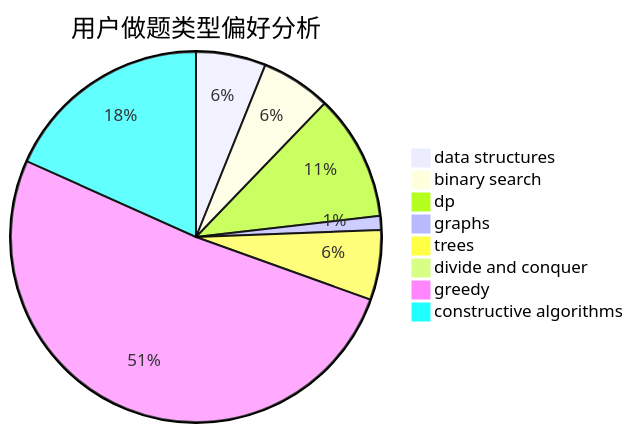
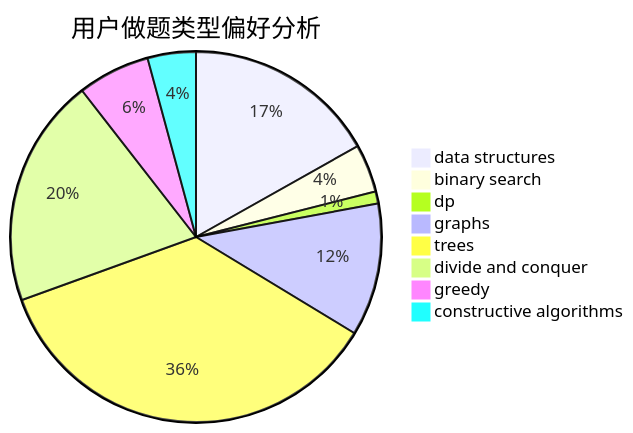
Before and after one commit to sherpahu/cfrs.github.io: the second of 3 diagrams in docs/user/u2621.md, drawn with Mermaid. The commit also changed other lines of this file and 2770 other files, not shown here.

````diff
--- a/docs/user/u2621.md
+++ b/docs/user/u2621.md
@@ -23,11 +23,11 @@
 ```mermaid
 pie title 用户做题类型偏好分析
-    "data structures" :  5
-    "binary search" :  5
-    "dp" :  9
-    "graphs" :  1
-    "trees" :  5
-    "divide and conquer" :  0
-    "greedy" :  42
-    "constructive algorithms" :  15
+    "data structures" :  16
+    "binary search" :  4
+    "dp" :  1
+    "graphs" :  11
+    "trees" :  34
+    "divide and conquer" :  19
+    "greedy" :  6
+    "constructive algorithms" :  4
 ```
````
